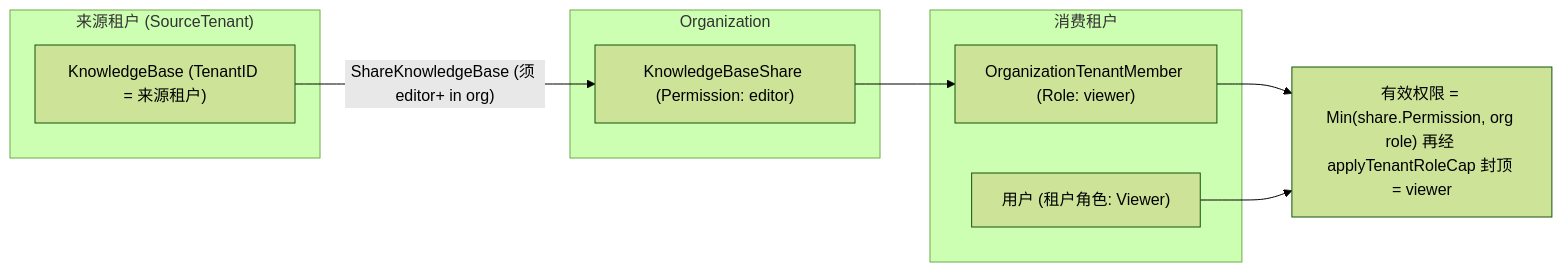
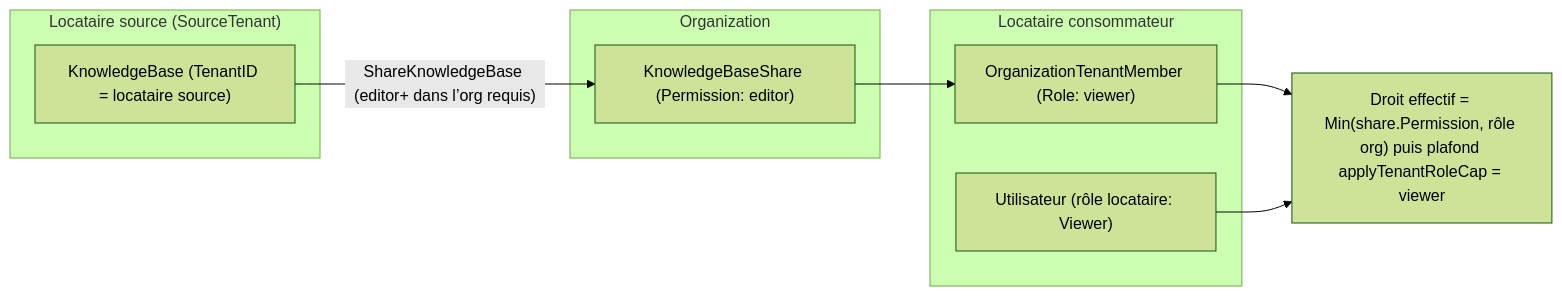
Before and after one commit to samiriggui-code/gsms-template: the second of 3 diagrams in website-docs/03-features/01-tenant-auth.md, drawn with Mermaid (forest theme). The commit also changed other lines of this file and 301 other files, not shown here.

````diff
--- a/website-docs/03-features/01-tenant-auth.md
+++ b/website-docs/03-features/01-tenant-auth.md
@@ -246,17 +246,17 @@
 ```mermaid
 flowchart LR
-    subgraph srcT["来源租户 (SourceTenant)"]
-        KB["KnowledgeBase (TenantID = 来源租户)"]
+    subgraph srcT["Locataire source (SourceTenant)"]
+        KB["KnowledgeBase (TenantID = locataire source)"]
     end
     subgraph orgS["Organization"]
         SH["KnowledgeBaseShare (Permission: editor)"]
     end
-    subgraph dstT["消费租户"]
+    subgraph dstT["Locataire consommateur"]
         M["OrganizationTenantMember (Role: viewer)"]
-        UV["用户 (租户角色: Viewer)"]
+        UV["Utilisateur (rôle locataire: Viewer)"]
     end
-    KB -- "ShareKnowledgeBase (须 editor+ in org)" --> SH
+    KB -- "ShareKnowledgeBase (editor+ dans l’org requis)" --> SH
     SH --> M
-    M --> EP["有效权限 = Min(share.Permission, org role) 再经 applyTenantRoleCap 封顶 = viewer"]
+    M --> EP["Droit effectif = Min(share.Permission, rôle org) puis plafond applyTenantRoleCap = viewer"]
     UV --> EP
 ```
````
